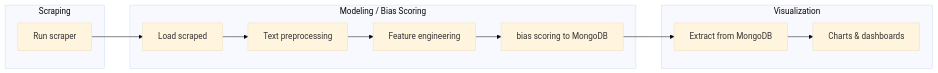
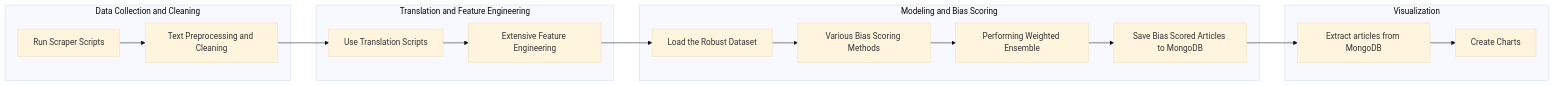
Before and after one commit to bharathkaranth/news-bias-analyzer: the second of 8 diagrams in README.md, drawn with Mermaid (base theme).

````diff
--- a/README.md
+++ b/README.md
@@ -80,21 +80,28 @@
 ```mermaid
 flowchart LR
-    subgraph S[Scraping]
-        S1[Run scraper]
+    subgraph S[Data Collection and Cleaning]
+        S1[Run Scraper Scripts]
+        --> S2[Text Preprocessing and Cleaning]
+    end
+
+    subgraph T[Translation and Feature Engineering]
+        T1[Use Translation Scripts]
+        --> T2[Extensive Feature Engineering]
     end
  
-    subgraph M[Modeling / Bias Scoring]
-        M1[Load scraped]
-        --> M2[Text preprocessing]
-        --> M3[Feature engineering]
-        --> M4[bias scoring to MongoDB]
+    subgraph M[Modeling and Bias Scoring]
+        M1[Load the Robust Dataset]
+        --> M2[Various Bias Scoring Methods]
+        --> M3[Performing Weighted Ensemble]
+        --> M4[Save Bias Scored Articles to MongoDB]
     end
  
     subgraph V[Visualization]
-        V1[Extract from MongoDB]
-        --> V2[Charts & dashboards]
+        V1[Extract articles from MongoDB]
+        --> V2[Create Charts]
     end
  
-    S1 --> M1
+    S2 --> T1
+    T2 --> M1
     M4 --> V1
 ```
````
